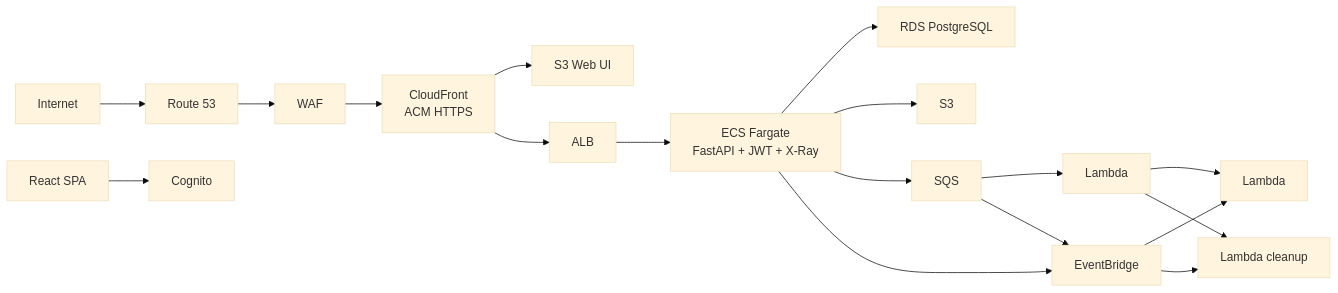
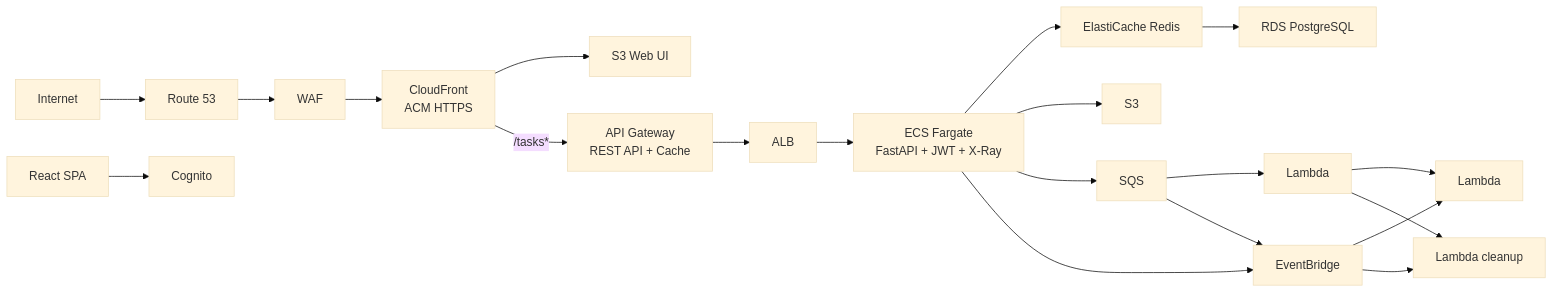
One commit to masumi82/sample_cicd changed the diagram in CLAUDE.md. Above: the diagram before and after it, drawn with Mermaid (base theme). The commit also changed other lines of this file and 24 other files, not shown here.

First line of the commit message:
v10: API Gateway + ElastiCache Redis + レート制限

````diff
--- a/CLAUDE.md
+++ b/CLAUDE.md
@@ -43,10 +44,10 @@
 ```mermaid
 graph LR
     INET[Internet] --> R53[Route 53] --> WAF[WAF] --> CF[CloudFront<br>ACM HTTPS]
     CF --> S3_UI[S3 Web UI]
-    CF --> ALB[ALB] --> ECS[ECS Fargate<br>FastAPI + JWT + X-Ray]
-    ECS --> RDS[RDS PostgreSQL]
+    CF -->|"/tasks*"| APIGW[API Gateway<br>REST API + Cache] --> ALB[ALB] --> ECS[ECS Fargate<br>FastAPI + JWT + X-Ray]
+    ECS --> REDIS[ElastiCache Redis] --> RDS[RDS PostgreSQL]
     ECS --> S3[S3] & SQS[SQS] & EB[EventBridge]
     SQS --> L1[Lambda] & EB --> L2[Lambda] & L3[Lambda cleanup]
     SPA[React SPA] --> COGNITO[Cognito]
 ```
````
